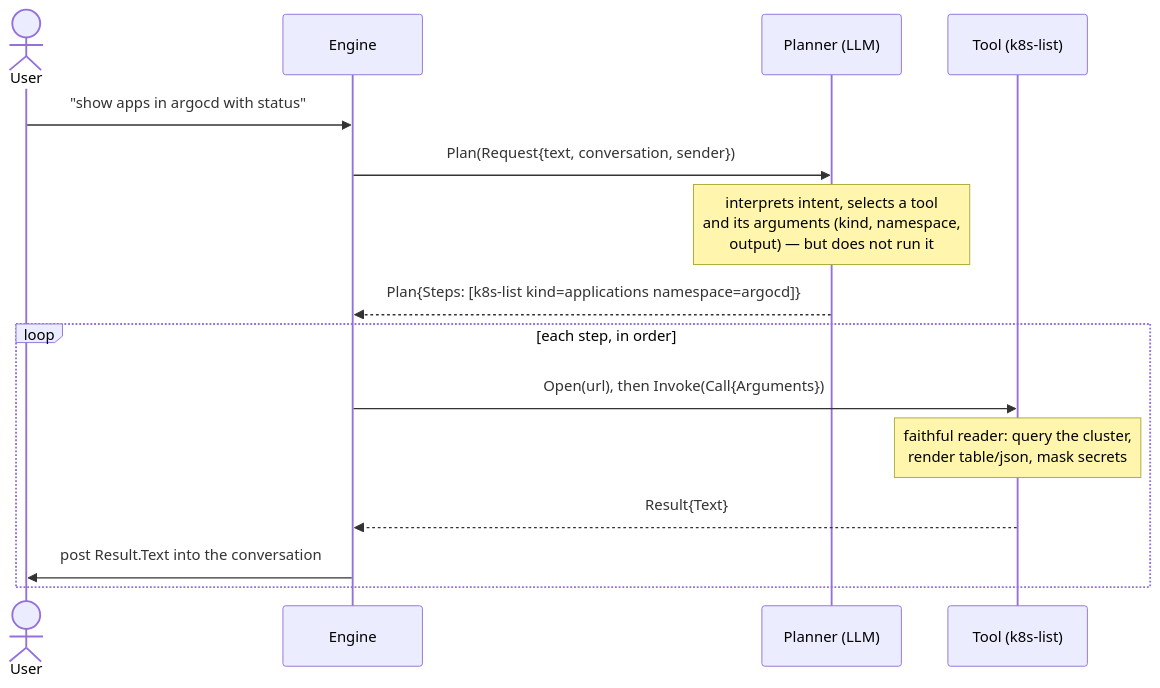
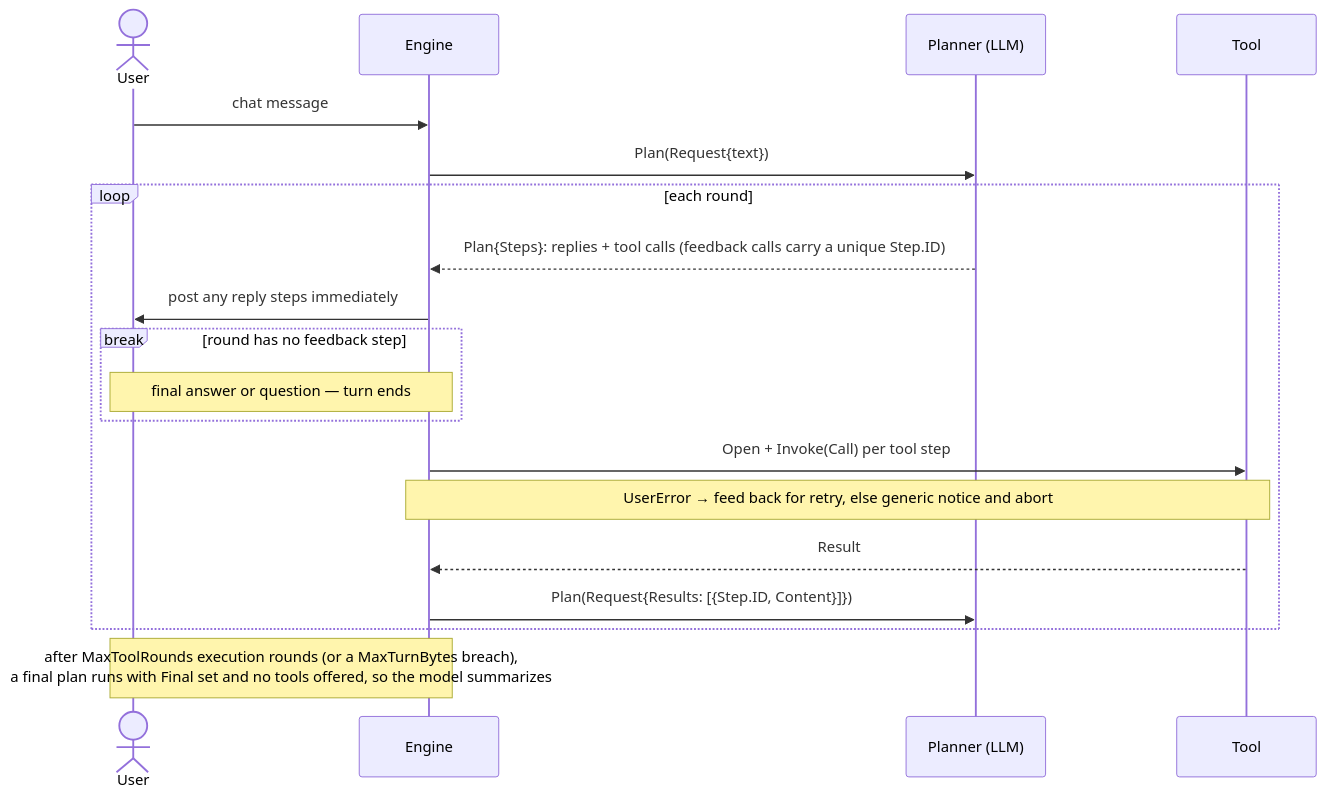
The diagram in DEVELOPMENT.md (hangxie/chatops), drawn with Mermaid before and after one commit. The commit also changed other lines of this file and 1 other file, not shown here.

First line of the commit message:
docs: describe the agentic tool-use loop

````diff
--- a/DEVELOPMENT.md
+++ b/DEVELOPMENT.md
@@ -11,18 +11,24 @@
 ```mermaid
 sequenceDiagram
     actor User
     participant Engine
     participant Planner as Planner (LLM)
-    participant Tool as Tool (k8s-list)
+    participant Tool
 
-    User->>Engine: "show apps in argocd with status"
-    Engine->>Planner: Plan(Request{text, conversation, sender})
-    Note over Planner: interprets intent, selects a tool<br/>and its arguments (kind, namespace,<br/>output) — but does not run it
-    Planner-->>Engine: Plan{Steps: [k8s-list kind=applications namespace=argocd]}
-    loop each step, in order
-        Engine->>Tool: Open(url), then Invoke(Call{Arguments})
-        Note over Tool: faithful reader: query the cluster,<br/>render table/json, mask secrets
-        Tool-->>Engine: Result{Text}
-        Engine->>User: post Result.Text into the conversation
+    User->>Engine: chat message
+    Engine->>Planner: Plan(Request{text})
+
+    loop each round
+        Planner-->>Engine: Plan{Steps}: replies + tool calls (feedback calls carry a unique Step.ID)
+        Engine->>User: post any reply steps immediately
+        break round has no feedback step
+            Note over Engine,User: final answer or question — turn ends
+        end
+        Engine->>Tool: Open + Invoke(Call) per tool step
+        Note over Engine,Tool: UserError → feed back for retry, else generic notice and abort
+        Tool-->>Engine: Result
+        Engine->>Planner: Plan(Request{Results: [{Step.ID, Content}]})
     end
+
+    Note over Engine,User: after MaxToolRounds execution rounds (or a MaxTurnBytes breach),<br/>a final plan runs with Final set and no tools offered, so the model summarizes
 ```
````
